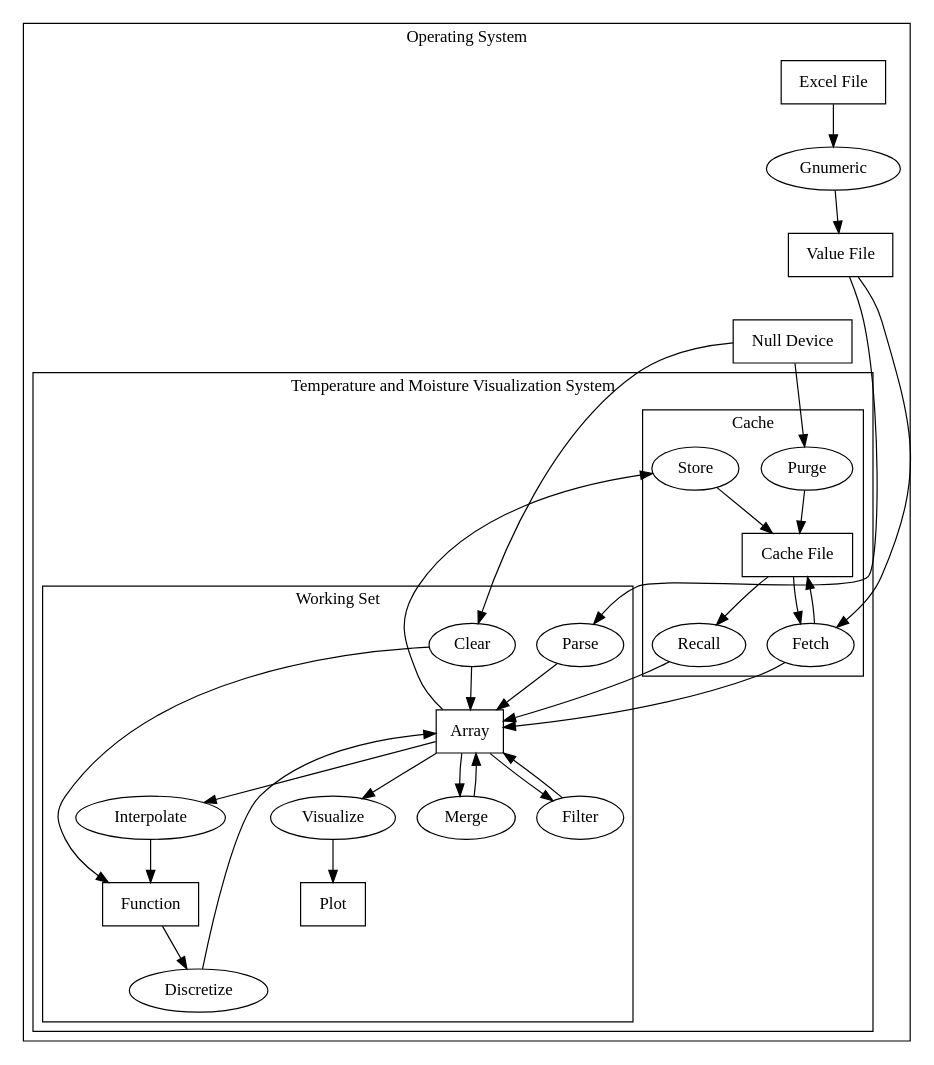
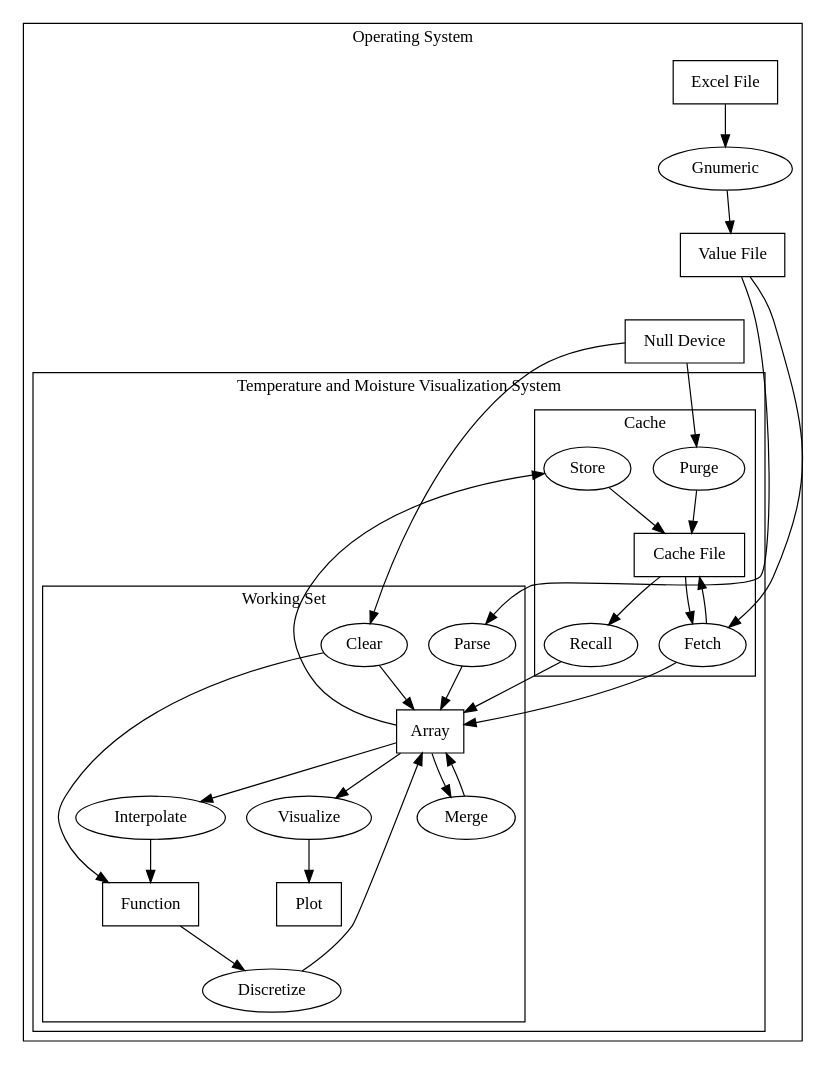
The diagram in data-flow.dot (Tuplanolla/tmvs), drawn with Graphviz before and after one commit. The commit also changed 3 other files, not shown here.

```diff
--- a/data-flow.dot
+++ b/data-flow.dot
@@ -1,66 +1,64 @@
 digraph {
   subgraph cluster_cace {
     label = "Operating System"
 
     node [shape = box]
     null [label = "Null Device"]
     xls [label = "Excel File"]
     csv [label = "Value File"]
 
     node [shape = oval]
     gnumeric [label = "Gnumeric"]
 
     subgraph cluster_tmvs {
       label = "Temperature and Moisture Visualization System"
 
       subgraph cluster_ws {
         label = "Working Set"
 
         node [shape = box]
         array [label = "Array"]
         function [label = "Function"]
         plot [label = "Plot"]
 
         node [shape = oval]
         parse [label = "Parse"]
         interpolate [label = "Interpolate"]
         discretize [label = "Discretize"]
         merge [label = "Merge"]
-        filter [label = "Filter"]
         visualize [label = "Visualize"]
         clear [label = "Clear"]
       }
 
       subgraph cluster_cache {
         label = "Cache"
 
         node [shape = box]
         cache [label = "Cache File"]
 
         node [shape = oval]
         store [label = "Store"]
         recall [label = "Recall"]
         fetch [label = "Fetch"]
         purge [label = "Purge"]
       }
     }
   }
 
   xls -> gnumeric -> csv
   csv -> parse -> array
   array -> interpolate -> function
   function -> discretize -> array
   array -> merge -> array
-  array -> filter -> array
   array -> visualize -> plot
   null -> clear
   clear -> array
   clear -> function
   array -> store -> cache
   cache -> recall -> array
   csv -> fetch -> array
   cache -> fetch -> cache
   null -> purge -> cache
 
   csv -> null [style = invis]
 }
```
